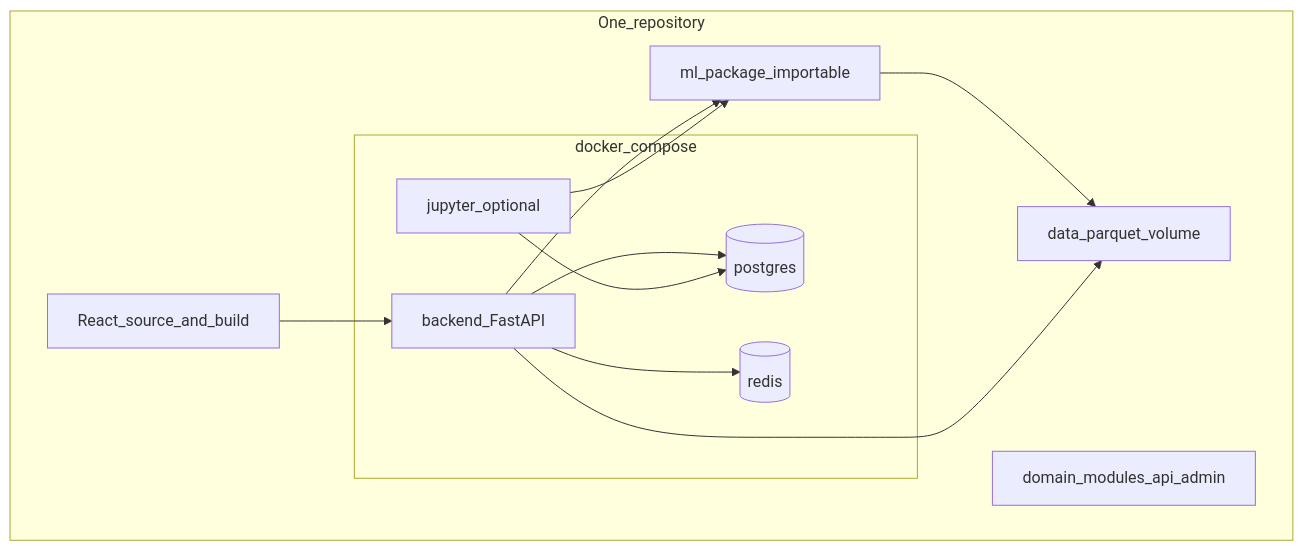
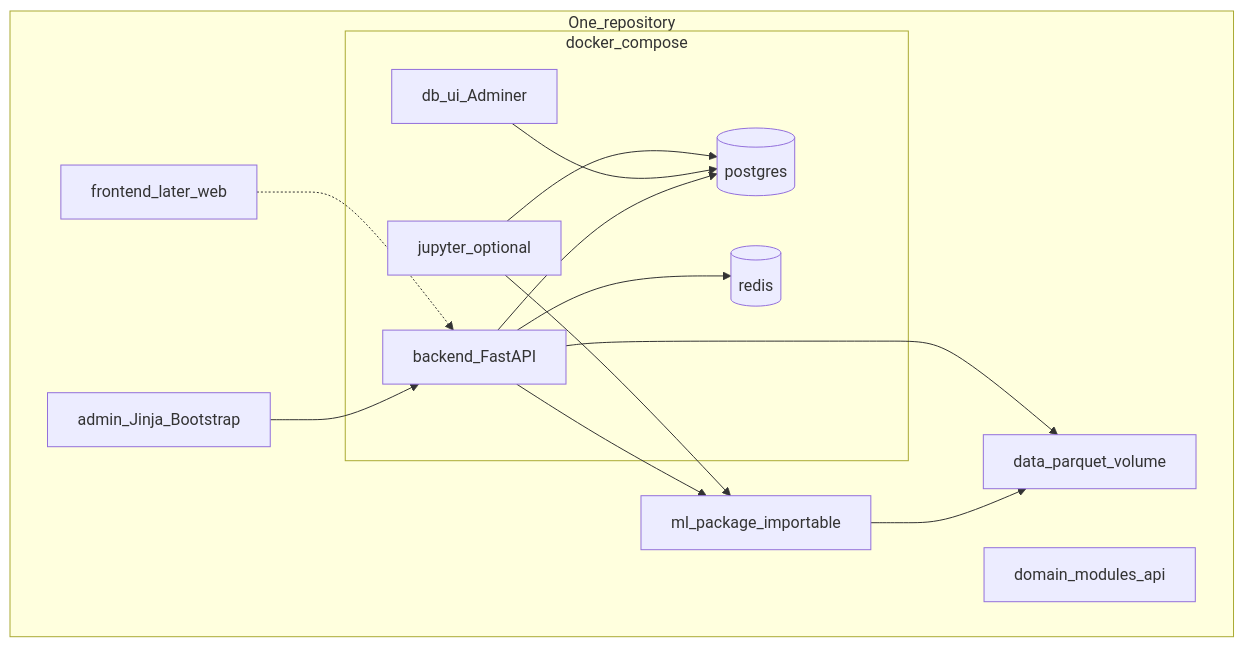
The first of 2 diagrams in wiki/concepts/research-data-app.md (Lilya-te/barko-docs), drawn with Mermaid before and after one commit. The commit also changed other lines of this file and 56 other files, not shown here.

````diff
--- a/wiki/concepts/research-data-app.md
+++ b/wiki/concepts/research-data-app.md
@@ -28,23 +28,27 @@
 ```mermaid
 flowchart TB
   subgraph repo [One_repository]
-    frontend[React_source_and_build]
+    adminHtml[admin_Jinja_Bootstrap]
+    frontend[frontend_later_web]
     subgraph compose [docker_compose]
       backend[backend_FastAPI]
       db[(postgres)]
+      dbui[db_ui_Adminer]
       redis[(redis)]
       jupyter[jupyter_optional]
     end
-    domains[domain_modules_api_admin]
+    domains[domain_modules_api]
     mlpkg[ml_package_importable]
     data[data_parquet_volume]
   end
-  frontend --> backend
+  adminHtml --> backend
+  frontend -.-> backend
   backend --> db
+  dbui --> db
   backend --> redis
   jupyter --> db
   backend --> mlpkg
   jupyter --> mlpkg
   mlpkg --> data
   backend --> data
 ```
````
